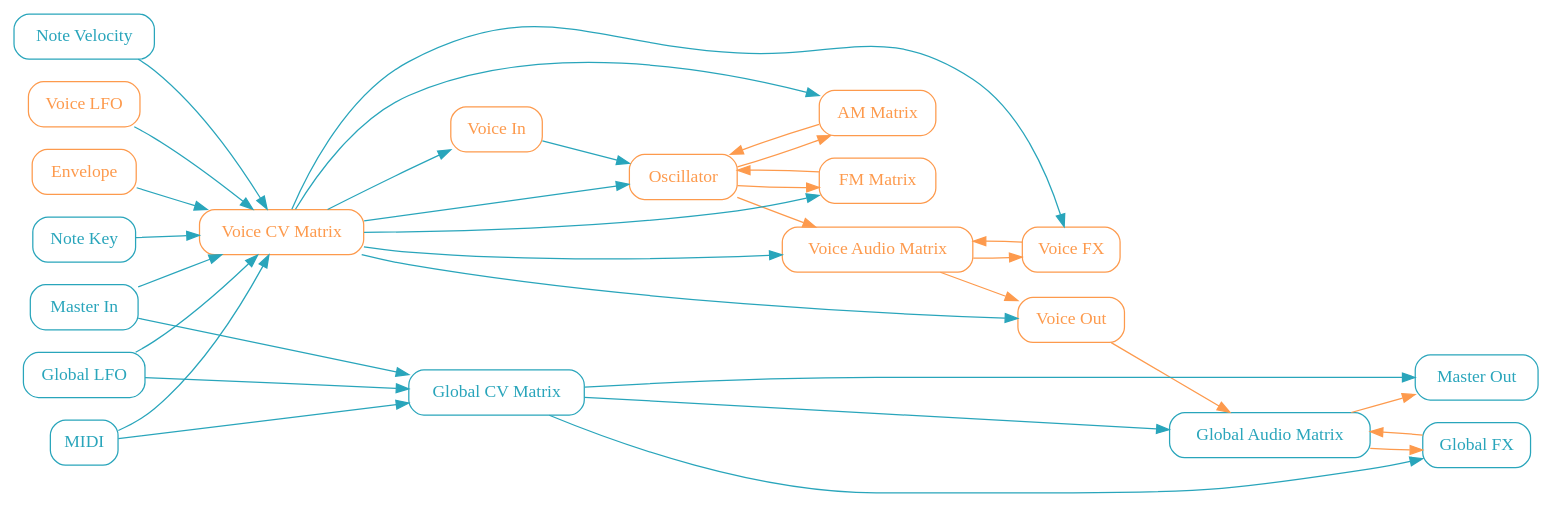
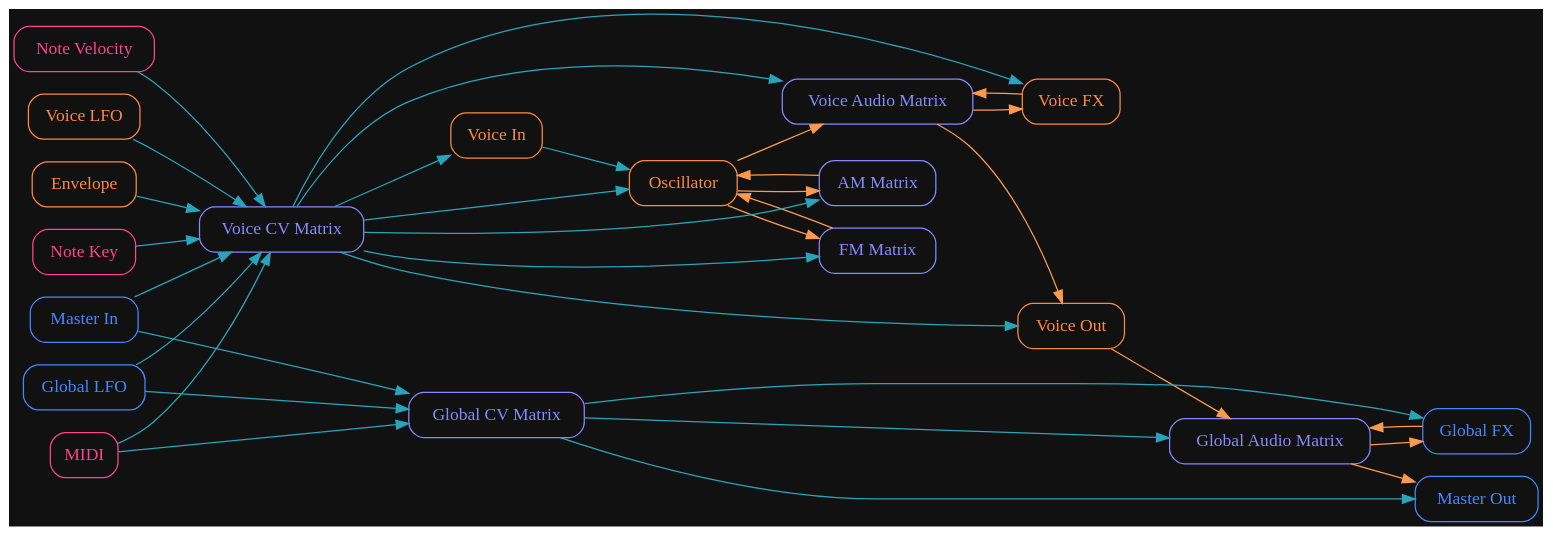
Before and after one commit to sjoerdvankreel/firefly-synth: the diagram in static/routing_overview.dot, drawn with Graphviz. The commit also changed 1 other file, not shown here.

```diff
--- a/static/routing_overview.dot
+++ b/static/routing_overview.dot
@@ -1,63 +1,74 @@
 digraph Synth {
   rankdir="LR";
+  bgcolor="#111111";
 
-  comment="Nodes"
-  "Voice In" [shape="rect", style="rounded", color="#FD9A4D", fontcolor="#FD9A4D"]
-  "Voice Out" [shape="rect", style="rounded", color="#FD9A4D", fontcolor="#FD9A4D"]
-  "Oscillator" [shape="rect", style="rounded", color="#FD9A4D", fontcolor="#FD9A4D"]
-  "Voice FX" [shape="rect", style="rounded", color="#FD9A4D", fontcolor="#FD9A4D"]
-  "Voice LFO" [shape="rect", style="rounded", color="#FD9A4D", fontcolor="#FD9A4D"]
-  "Envelope" [shape="rect", style="rounded", color="#FD9A4D", fontcolor="#FD9A4D"]
-  "AM Matrix" [shape="rect", style="rounded", color="#FD9A4D", fontcolor="#FD9A4D"]
-  "FM Matrix" [shape="rect", style="rounded", color="#FD9A4D", fontcolor="#FD9A4D"]
-  "Voice CV Matrix" [shape="rect", style="rounded", color="#FD9A4D", fontcolor="#FD9A4D"]
-  "Voice Audio Matrix" [shape="rect", style="rounded", color="#FD9A4D", fontcolor="#FD9A4D"]
+  comment="Voice Audio Nodes"
+  "Voice Out" [shape="rect", style="rounded", color="#FF8844", fontcolor="#FF8844"]
+  "Oscillator" [shape="rect", style="rounded", color="#FF8844", fontcolor="#FF8844"]
+  "Voice FX" [shape="rect", style="rounded", color="#FF8844", fontcolor="#FF8844"]
 
-  "Master In" [shape="rect", style="rounded", color="#29A5BB", fontcolor="#29A5BB"]
-  "Master Out" [shape="rect", style="rounded", color="#29A5BB", fontcolor="#29A5BB"]
-  "Global FX" [shape="rect", style="rounded", color="#29A5BB", fontcolor="#29A5BB"]
-  "Global LFO" [shape="rect", style="rounded", color="#29A5BB", fontcolor="#29A5BB"]
-  "Global CV Matrix" [shape="rect", style="rounded", color="#29A5BB", fontcolor="#29A5BB"]
-  "Global Audio Matrix" [shape="rect", style="rounded", color="#29A5BB", fontcolor="#29A5BB"]
+  comment="Voice CV Nodes"
+  "Voice In" [shape="rect", style="rounded", color="#FF8844", fontcolor="#FF8844"]
+  "Voice LFO" [shape="rect", style="rounded", color="#FF8844", fontcolor="#FF8844"]
+  "Envelope" [shape="rect", style="rounded", color="#FF8844", fontcolor="#FF8844"]
 
-  "MIDI" [shape="rect", style="rounded", color="#29A5BB", fontcolor="#29A5BB"]
-  "Note Key" [shape="rect", style="rounded", color="#29A5BB", fontcolor="#29A5BB"]
-  "Note Velocity" [shape="rect", style="rounded", color="#29A5BB", fontcolor="#29A5BB"]
+  comment="Voice Matrix Nodes"
+  "AM Matrix" [shape="rect", style="rounded", color="#8888FF", fontcolor="#8888FF"]
+  "FM Matrix" [shape="rect", style="rounded", color="#8888FF", fontcolor="#8888FF"]
+  "Voice CV Matrix" [shape="rect", style="rounded", color="#8888FF", fontcolor="#8888FF"]
+  "Voice Audio Matrix" [shape="rect", style="rounded", color="#8888FF", fontcolor="#8888FF"]
+
+  comment="Global Audio Nodes"
+  "Master Out" [shape="rect", style="rounded", color="#4488FF", fontcolor="#4488FF"]
+  "Global FX" [shape="rect", style="rounded", color="#4488FF", fontcolor="#4488FF"]
+
+  comment="Global CV Nodes"
+  "Master In" [shape="rect", style="rounded", color="#4488FF", fontcolor="#4488FF"]
+  "Global LFO" [shape="rect", style="rounded", color="#4488FF", fontcolor="#4488FF"]
+
+  comment="Global Matrix Nodes"
+  "Global CV Matrix" [shape="rect", style="rounded", color="#8888FF", fontcolor="#8888FF"]
+  "Global Audio Matrix" [shape="rect", style="rounded", color="#8888FF", fontcolor="#8888FF"]
+
+  comment="External Nodes"
+  "MIDI" [shape="rect", style="rounded", color="#FF4488", fontcolor="#FF4488"]
+  "Note Key" [shape="rect", style="rounded", color="#FF4488", fontcolor="#FF4488"]
+  "Note Velocity" [shape="rect", style="rounded", color="#FF4488", fontcolor="#FF4488"]
 
   comment="Audio edges"
   "Oscillator" -> "AM Matrix" [color="#FD9A4D"]
   "AM Matrix" -> "Oscillator" [color="#FD9A4D"]
   "Oscillator" -> "FM Matrix" [color="#FD9A4D"]
   "FM Matrix" -> "Oscillator" [color="#FD9A4D"]
   "Oscillator" -> "Voice Audio Matrix" [color="#FD9A4D"]
   "Voice FX" -> "Voice Audio Matrix" [color="#FD9A4D"]
   "Voice Audio Matrix" -> "Voice FX" [color="#FD9A4D"]
   "Voice Audio Matrix" -> "Voice Out" [color="#FD9A4D"]
   "Voice Out" -> "Global Audio Matrix" [color="#FD9A4D"]
   "Global Audio Matrix" -> "Global FX" [color="#FD9A4D"]
   "Global FX" -> "Global Audio Matrix" [color="#FD9A4D"]
   "Global Audio Matrix" -> "Master Out" [color="#FD9A4D"]
 
   comment="CV edges"
   "MIDI" -> "Voice CV Matrix" [color="#29A5BB"]
   "Note Key" -> "Voice CV Matrix" [color="#29A5BB"]
   "Note Velocity" -> "Voice CV Matrix" [color="#29A5BB"]
   "Master In" -> "Voice CV Matrix" [color="#29A5BB"]
   "Global LFO" -> "Voice CV Matrix" [color="#29A5BB"]
   "Envelope" -> "Voice CV Matrix" [color="#29A5BB"]
   "Voice LFO" -> "Voice CV Matrix" [color="#29A5BB"]
   "Voice In" -> "Oscillator" [color="#29A5BB"]
   "Voice CV Matrix" -> "Voice In" [color="#29A5BB"]
   "Voice CV Matrix" -> "Oscillator" [color="#29A5BB"]
   "Voice CV Matrix" -> "AM Matrix" [color="#29A5BB"]
   "Voice CV Matrix" -> "FM Matrix" [color="#29A5BB"]
   "Voice CV Matrix" -> "Voice FX" [color="#29A5BB"]
   "Voice CV Matrix" -> "Voice Audio Matrix" [color="#29A5BB"]
   "Voice CV Matrix" -> "Voice Out" [color="#29A5BB"]
   "MIDI" -> "Global CV Matrix" [color="#29A5BB"]
   "Master In" -> "Global CV Matrix" [color="#29A5BB"]
   "Global LFO" -> "Global CV Matrix" [color="#29A5BB"]
   "Global CV Matrix" -> "Master Out" [color="#29A5BB"]
   "Global CV Matrix" -> "Global FX" [color="#29A5BB"]
   "Global CV Matrix" -> "Global Audio Matrix" [color="#29A5BB"]
 }
```
